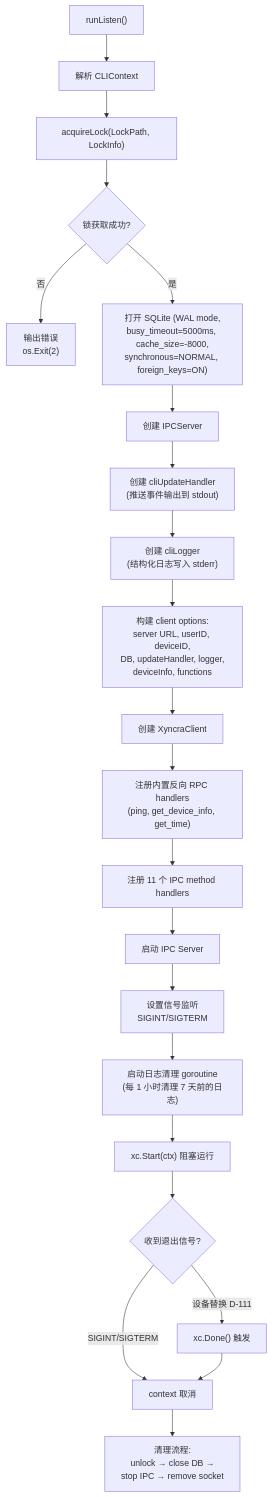
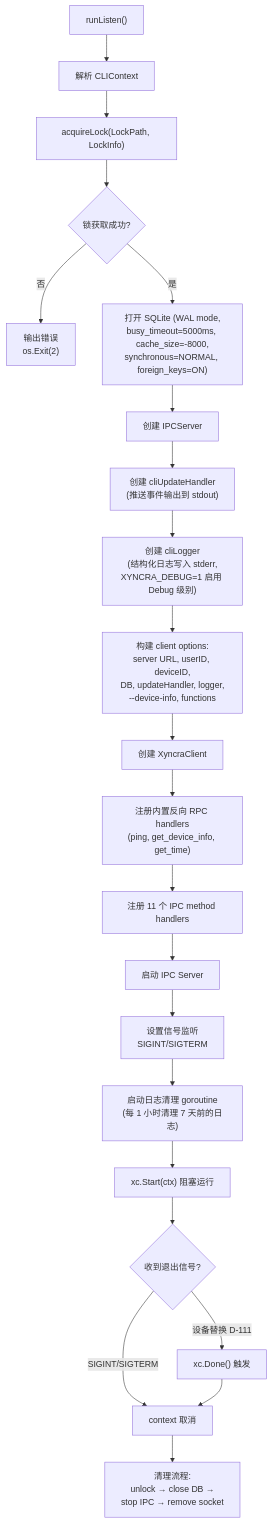
Before and after one commit to PineappleBond/xyncra-server: the third of 16 diagrams in wiki/flows/cli-ipc.md, drawn with Mermaid. The commit also changed other lines of this file and 21 other files, not shown here.

Commit message:
docs(wiki): add edge cases and fix inaccuracies across all flow documents

````diff
--- a/wiki/flows/cli-ipc.md
+++ b/wiki/flows/cli-ipc.md
@@ -177,24 +177,24 @@
 ```mermaid
 flowchart TD
     A["runListen()"] --> B["解析 CLIContext"]
     B --> C["acquireLock(LockPath, LockInfo)"]
     C --> D{"锁获取成功?"}
     D -->|否| E["输出错误<br>os.Exit(2)"]
     D -->|是| F["打开 SQLite (WAL mode,<br>busy_timeout=5000ms, cache_size=-8000,<br>synchronous=NORMAL, foreign_keys=ON)"]
     F --> G["创建 IPCServer"]
     G --> H["创建 cliUpdateHandler<br>(推送事件输出到 stdout)"]
-    H --> I["创建 cliLogger<br>(结构化日志写入 stderr)"]
-    I --> J["构建 client options:<br>server URL, userID, deviceID,<br>DB, updateHandler, logger,<br>deviceInfo, functions"]
+    H --> I["创建 cliLogger<br>(结构化日志写入 stderr,<br>XYNCRA_DEBUG=1 启用 Debug 级别)"]
+    I --> J["构建 client options:<br>server URL, userID, deviceID,<br>DB, updateHandler, logger,<br>--device-info, functions"]
     J --> K["创建 XyncraClient"]
     K --> L["注册内置反向 RPC handlers<br>(ping, get_device_info, get_time)"]
     L --> M["注册 11 个 IPC method handlers"]
     M --> N["启动 IPC Server"]
     N --> O["设置信号监听<br>SIGINT/SIGTERM"]
     O --> P["启动日志清理 goroutine<br>(每 1 小时清理 7 天前的日志)"]
     P --> Q["xc.Start(ctx) 阻塞运行"]
     Q --> R{"收到退出信号?"}
     R -->|SIGINT/SIGTERM| S["context 取消"]
     R -->|设备替换 D-111| T["xc.Done() 触发"]
     T --> S
     S --> U["清理流程:<br>unlock → close DB →<br>stop IPC → remove socket"]
 ```
````
